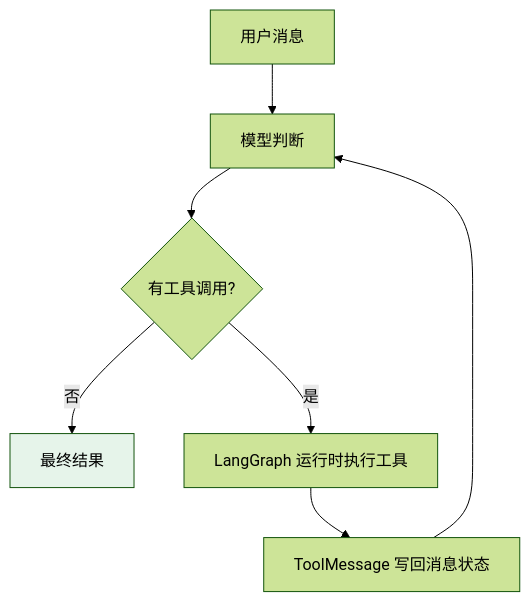
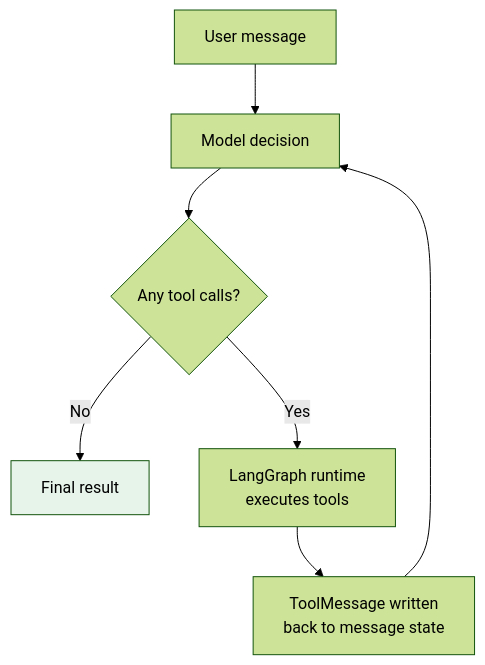
Before and after one commit to oneleaveknowsthefall/awesome-ai-roadmap: the second of 3 diagrams in docs/frameworks/01-langchain/02-agent-building/04-build-agent.md, drawn with Mermaid (forest theme). The commit also changed other lines of this file and 70 other files, not shown here.

````diff
--- a/docs/frameworks/01-langchain/02-agent-building/04-build-agent.md
+++ b/docs/frameworks/01-langchain/02-agent-building/04-build-agent.md
@@ -171,11 +175,11 @@
 ```mermaid
 flowchart TB
-    U["用户消息"] --> M["模型判断"]
-    M --> D{"有工具调用?"}
-    D -->|否| F["最终结果"]
-    D -->|是| T["LangGraph 运行时执行工具"]
-    T --> TM["ToolMessage 写回消息状态"]
+    U["User message"] --> M["Model decision"]
+    M --> D{"Any tool calls?"}
+    D -->|No| F["Final result"]
+    D -->|Yes| T["LangGraph runtime<br/>executes tools"]
+    T --> TM["ToolMessage written<br/>back to message state"]
     TM --> M
 
     style F fill:#e6f4ea
 ```
````
